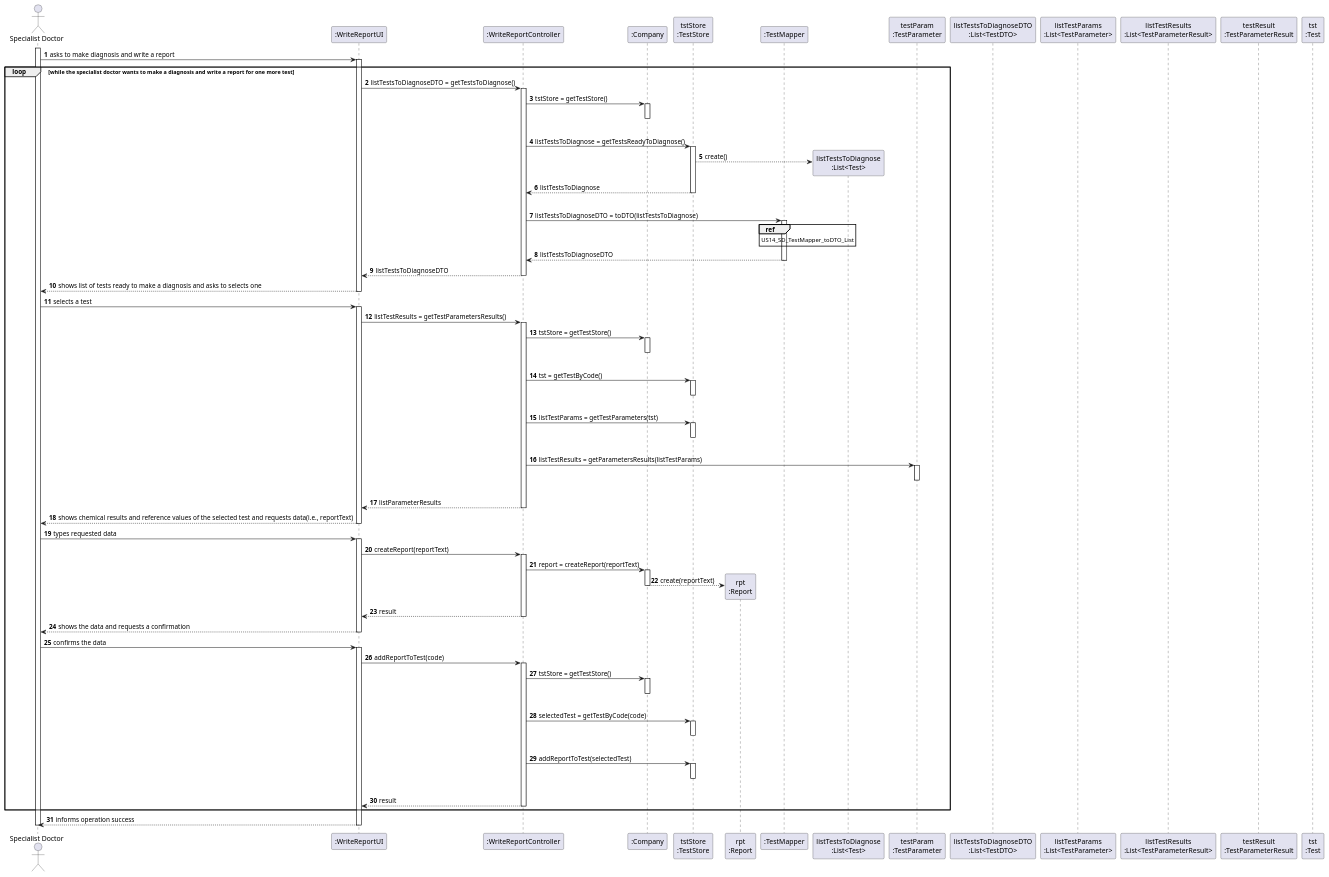
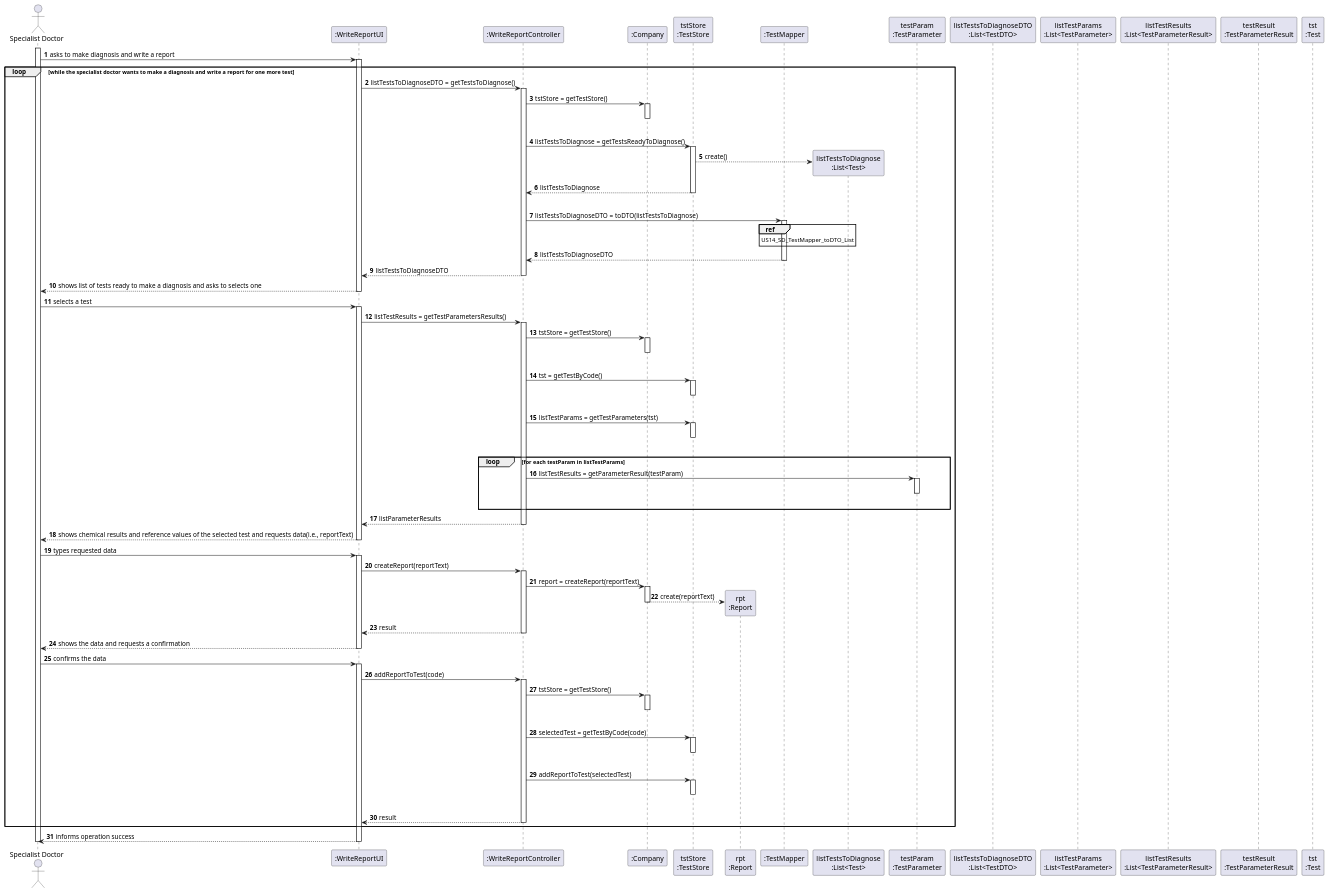
One commit to ana-albergaria/LAPR2-ISEP changed the diagram in docs/SprintC/US_14/US14_SD.puml. Above: the diagram before and after it, drawn with PlantUML. The commit also changed 2 other files, not shown here.

```diff
--- a/docs/SprintC/US_14/US14_SD.puml
+++ b/docs/SprintC/US_14/US14_SD.puml
@@ -1,147 +1,149 @@
 @startuml
 autonumber
 actor "Specialist Doctor" as SPDT
 
 participant ":WriteReportUI" as UI
 participant ":WriteReportController" as CTRL
 participant ":Company" as CMP
 participant "tstStore\n:TestStore" as TSTSTORE
 participant "rpt\n:Report" as RPT
 participant ":TestMapper" as TSTMAPPER
 participant "listTestsToDiagnose\n:List<Test>" as LT
 participant "testParam\n:TestParameter" as TP
 participant "listTestsToDiagnoseDTO\n:List<TestDTO>" as LIST_DTO
 participant "listTestParams\n:List<TestParameter>" as LTP
 participant "listTestResults\n:List<TestParameterResult>" as LTPR
 participant "testResult\n:TestParameterResult" as TPR
 participant "tst\n:Test" as TST
 
 activate SPDT
 SPDT -> UI : asks to make diagnosis and write a report
 activate UI
 loop while the specialist doctor wants to make a diagnosis and write a report for one more test
 UI -> CTRL : listTestsToDiagnoseDTO = getTestsToDiagnose()
 activate CTRL
 
 CTRL -> CMP : tstStore = getTestStore()
 activate CMP
 |||
 deactivate CMP
 
 CTRL -> TSTSTORE : listTestsToDiagnose = getTestsReadyToDiagnose()
 activate TSTSTORE
 
 TSTSTORE --> LT** : create()
 TSTSTORE --> CTRL : listTestsToDiagnose
 deactivate TSTSTORE
 |||
 
 CTRL -> TSTMAPPER : listTestsToDiagnoseDTO = toDTO(listTestsToDiagnose)
 activate TSTMAPPER
 
 ref over TSTMAPPER : US14_SD_TestMapper_toDTO_List
 
 TSTMAPPER --> CTRL : listTestsToDiagnoseDTO
 deactivate TSTMAPPER
 
 CTRL --> UI : listTestsToDiagnoseDTO
 deactivate CTRL
 
 UI --> SPDT : shows list of tests ready to make a diagnosis and asks to selects one
 deactivate UI
 
 'spdt writes the test code in the UI
 'it uses the test code when adding the report
 
 SPDT -> UI : selects a test
 activate UI
 
 UI -> CTRL : listTestResults = getTestParametersResults()
 activate CTRL
 
 CTRL -> CMP : tstStore = getTestStore()
 activate CMP
 |||
 deactivate CMP
 
 CTRL -> TSTSTORE : tst = getTestByCode()
 activate TSTSTORE
 |||
 deactivate TSTSTORE
 
 CTRL -> TSTSTORE : listTestParams = getTestParameters(tst)
 activate TSTSTORE
 |||
 deactivate TSTSTORE
 
-CTRL -> TP : listTestResults = getParametersResults(listTestParams)
+loop for each testParam in listTestParams
+CTRL -> TP : listTestResults = getParameterResult(testParam)
 activate TP
 |||
 deactivate TP
+end
 
 CTRL --> UI : listParameterResults
 deactivate CTRL
 
 'getTestByCode()
 'getTestParameters()
 'getTestParameterResult()
 'getParametersResults()
 'getValue()
 'getReferenceValue()
 'vai ter code.getTestByCode().getTestParameters().getParametersResults()
 'vai ter getParametersResults().getValues()
 'vai ter getParametersResults().getReferenceValues()
 
 
 UI --> SPDT : shows chemical results and reference values of the selected test and requests data(i.e., reportText)
 deactivate UI
 
 SPDT -> UI : types requested data
 activate UI
 
 UI -> CTRL : createReport(reportText)
 activate CTRL
 
 CTRL -> CMP : report = createReport(reportText)
 activate CMP
 
 CMP --> RPT** : create(reportText)
 deactivate CMP
 
 CTRL --> UI : result
 deactivate CTRL
 UI --> SPDT : shows the data and requests a confirmation
 deactivate UI
 
 SPDT -> UI : confirms the data
 activate UI
 
 UI -> CTRL : addReportToTest(code)
 activate CTRL
 
 CTRL -> CMP : tstStore = getTestStore()
 activate CMP
 |||
 deactivate CMP
 
 CTRL -> TSTSTORE : selectedTest = getTestByCode(code)
 activate TSTSTORE
 |||
 deactivate TSTSTORE
 
 CTRL -> TSTSTORE : addReportToTest(selectedTest)
 activate TSTSTORE
 |||
 deactivate TSTSTORE
 
 CTRL --> UI : result
 deactivate CMP
 deactivate CTRL
 
 end
 
 UI --> SPDT : informs operation success
 deactivate UI
 deactivate SPDT
 
 @enduml
```
